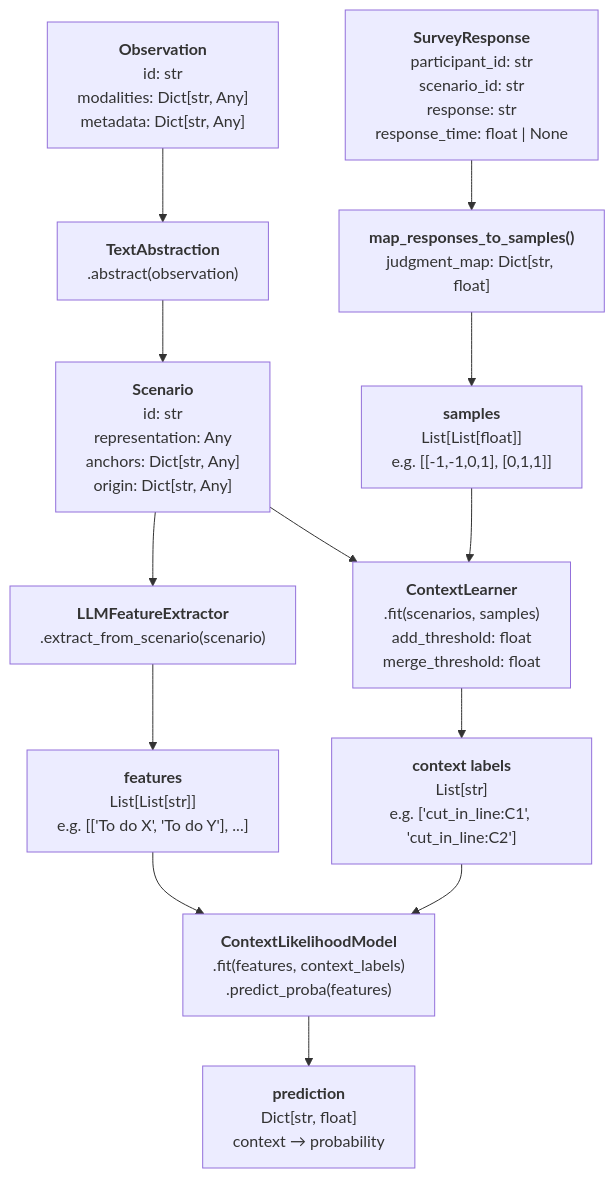
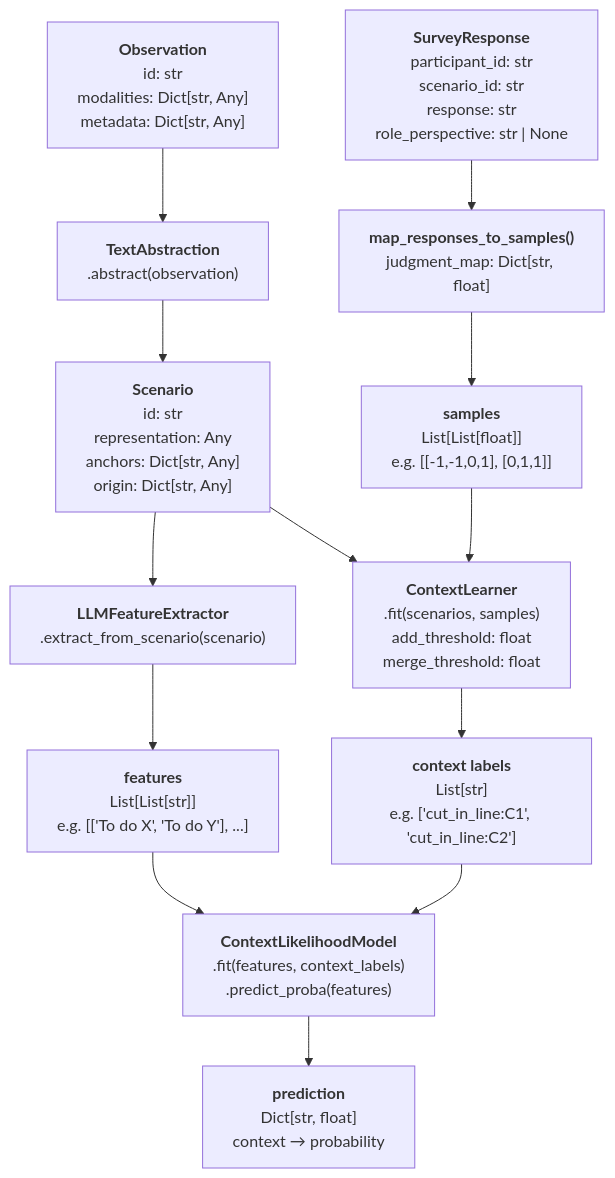
One commit to trondarild/COGEMI_RL changed the diagram in README.md. Above: the diagram before and after it, drawn with Mermaid. The commit also changed other lines of this file and 18 other files, not shown here.

````diff
--- a/README.md
+++ b/README.md
@@ -12,24 +12,24 @@
 ```mermaid
 flowchart TD
     OBS["<b>Observation</b><br/>id: str<br/>modalities: Dict[str, Any]<br/>metadata: Dict[str, Any]"]
     ABS["<b>TextAbstraction</b><br/>.abstract(observation)"]
     SCN["<b>Scenario</b><br/>id: str<br/>representation: Any<br/>anchors: Dict[str, Any]<br/>origin: Dict[str, Any]"]
-    SRV["<b>SurveyResponse</b><br/>participant_id: str<br/>scenario_id: str<br/>response: str<br/>response_time: float | None"]
+    SRV["<b>SurveyResponse</b><br/>participant_id: str<br/>scenario_id: str<br/>response: str<br/>role_perspective: str | None"]
     MAP["<b>map_responses_to_samples()</b><br/>judgment_map: Dict[str, float]"]
     SAM["<b>samples</b><br/>List[List[float]]<br/>e.g. [[-1,-1,0,1], [0,1,1]]"]
     CL["<b>ContextLearner</b><br/>.fit(scenarios, samples)<br/>add_threshold: float<br/>merge_threshold: float"]
     CTX["<b>context labels</b><br/>List[str]<br/>e.g. ['cut_in_line:C1', 'cut_in_line:C2']"]
     FE["<b>LLMFeatureExtractor</b><br/>.extract_from_scenario(scenario)"]
     FEAT["<b>features</b><br/>List[List[str]]<br/>e.g. [['To do X', 'To do Y'], ...]"]
     GEN["<b>ContextLikelihoodModel</b><br/>.fit(features, context_labels)<br/>.predict_proba(features)"]
     PRED["<b>prediction</b><br/>Dict[str, float]<br/>context → probability"]
 
     OBS --> ABS --> SCN
     SCN --> FE --> FEAT
     SRV --> MAP --> SAM
     SCN --> CL
     SAM --> CL --> CTX
     FEAT --> GEN
     CTX --> GEN
     GEN --> PRED
 ```
````
